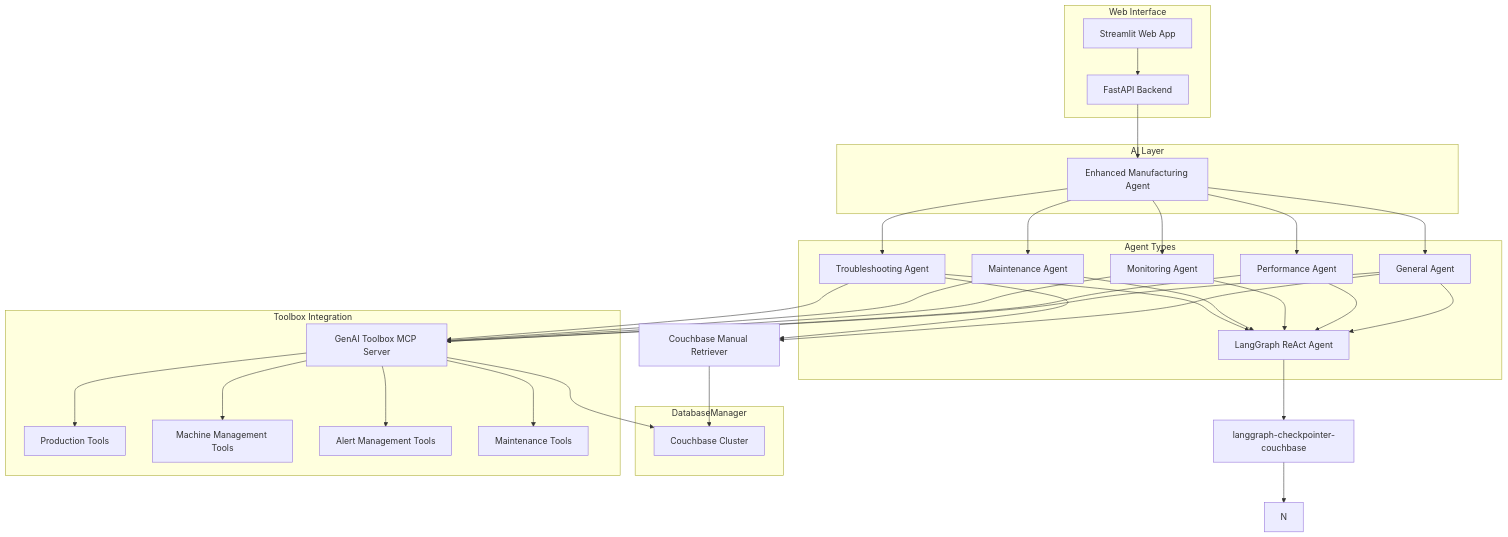
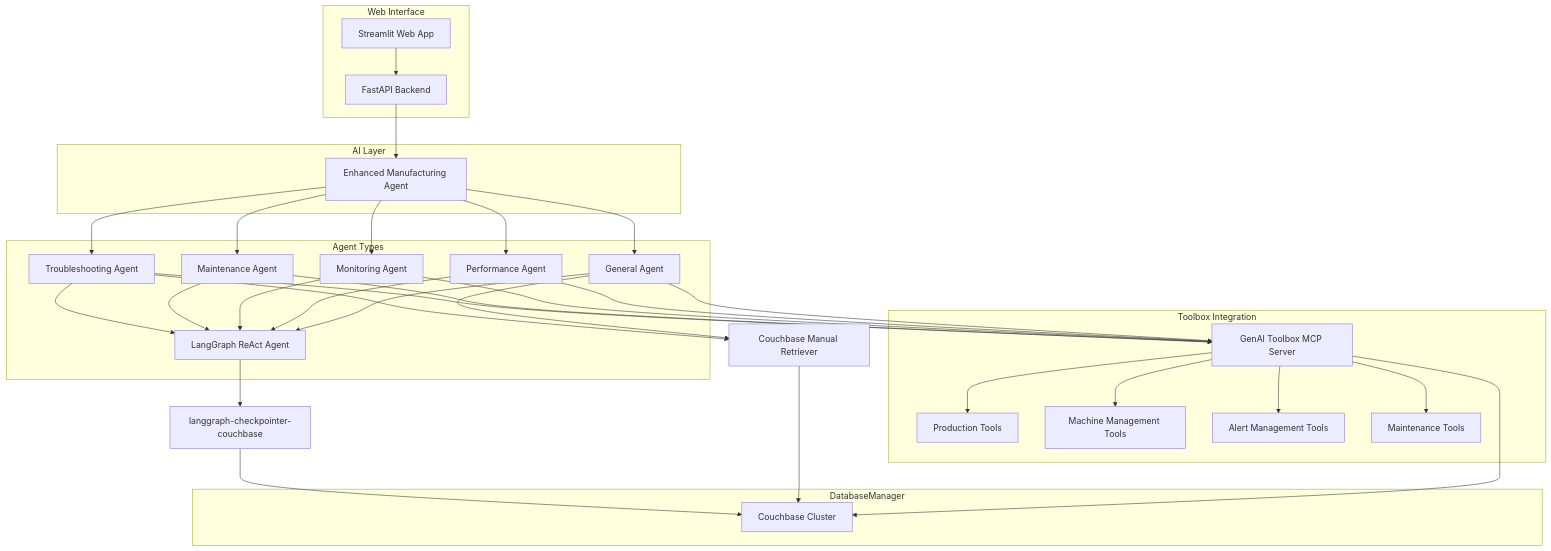
The first of 2 diagrams in README.md (couchbase-examples/couchbase-google-mcp-toolbox-demo), drawn with Mermaid before and after one commit.

````diff
--- a/README.md
+++ b/README.md
@@ -20,50 +20,50 @@
 ```mermaid
 graph TB
     subgraph "Web Interface"
         A[Streamlit Web App] --> B[FastAPI Backend]
     end
     
     subgraph "AI Layer"
         B --> C[Enhanced Manufacturing Agent]
     end
     
     subgraph "Agent Types"
         F[Troubleshooting Agent] --> G[LangGraph ReAct Agent]
         H[Maintenance Agent] --> G
         I[Monitoring Agent] --> G
         J[Performance Agent] --> G
         K[General Agent] --> G
     end
     
     subgraph "DatabaseManager"
         L[Couchbase Cluster]
     end
     
     subgraph "Toolbox Integration"
         D[GenAI Toolbox MCP Server] --> Q[Production Tools]
         D --> R[Machine Management Tools]
         D --> S[Alert Management Tools]
         D --> T[Maintenance Tools]
     end
     
     C --> F
     C --> H
     C --> I
     C --> J
     C --> K
     G --> U[langgraph-checkpointer-couchbase]
-    U --> N 
+    U --> L 
     E[Couchbase Manual Retriever] --> L
     D --> L
 
     %% Agents access toolsets via MCP server
     F --> D
     H --> D
     I --> D
     J --> D
     K --> D
 
     %% Manual search available only to troubleshooting and general agents
     F --> E
     K --> E
 ```
````
